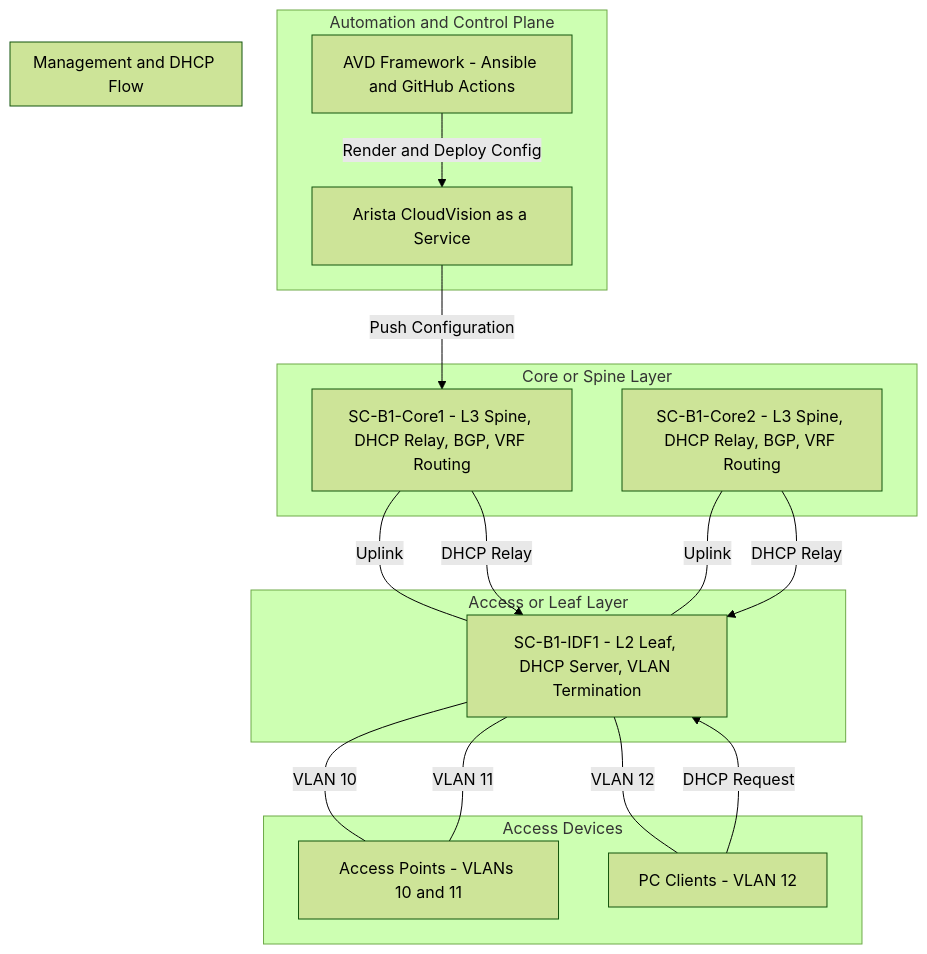
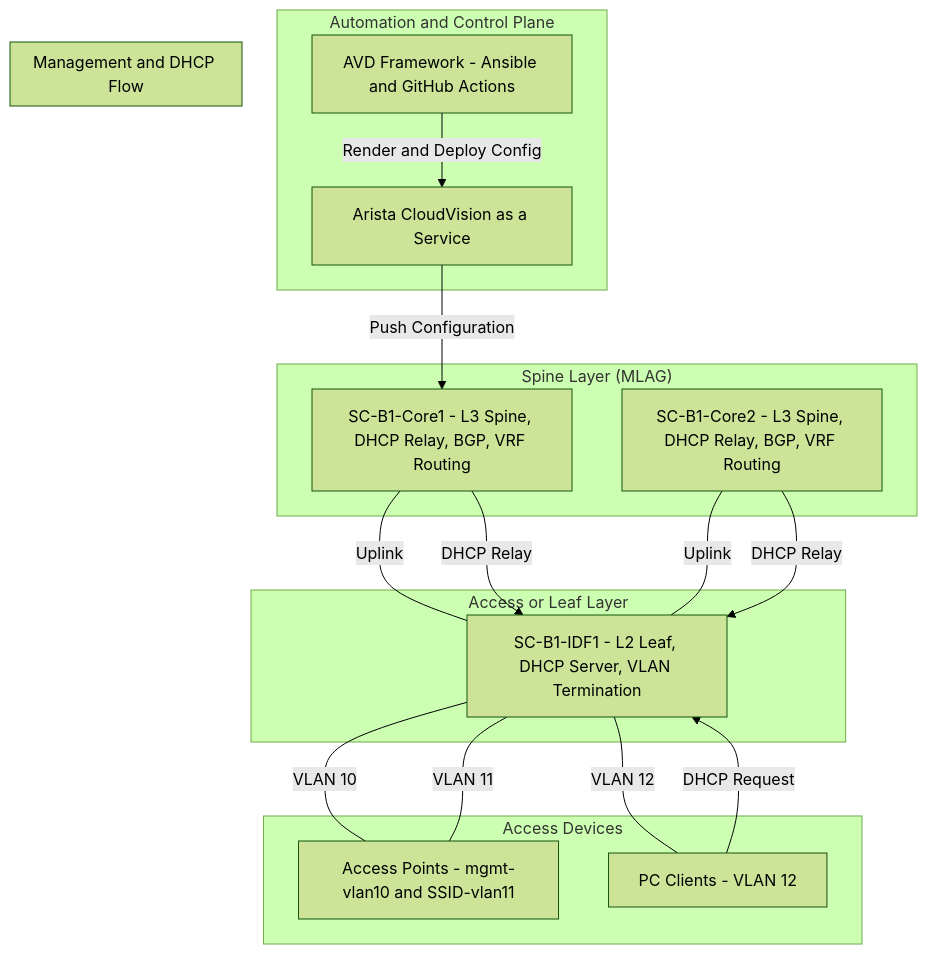
Before and after one commit to arista-ce-southwest/avd-campus-networking-event-demo: the diagram in docs/topology.md, drawn with Mermaid (forest theme).

Commit message:
updated topo

````diff
--- a/docs/topology.md
+++ b/docs/topology.md
@@ -9,41 +9,41 @@
 ```mermaid
 graph TD
     %% Automation Layer
     subgraph "Automation and Control Plane"
         AVD[AVD Framework - Ansible and GitHub Actions]
         CVaaS[Arista CloudVision as a Service]
     end
 
     %% Core Layer
-    subgraph "Core or Spine Layer"
+    subgraph "Spine Layer (MLAG)"
         Core1[SC-B1-Core1 - L3 Spine, DHCP Relay, BGP, VRF Routing]
         Core2[SC-B1-Core2 - L3 Spine, DHCP Relay, BGP, VRF Routing]
     end
 
     %% Leaf Layer
     subgraph "Access or Leaf Layer"
         Leaf[SC-B1-IDF1 - L2 Leaf, DHCP Server, VLAN Termination]
     end
 
     %% Endpoint Layer
     subgraph "Access Devices"
-        APs[Access Points - VLANs 10 and 11]
+        APs[Access Points - mgmt-vlan10 and SSID-vlan11]
         PCs[PC Clients - VLAN 12]
     end
 
     %% Topology Connections
     AVD -->|Render and Deploy Config| CVaaS
     CVaaS -->|Push Configuration| Core1
     Core1 ---|Uplink| Leaf
     Core2 ---|Uplink| Leaf
     Leaf ---|VLAN 10| APs
     Leaf ---|VLAN 11| APs
     Leaf ---|VLAN 12| PCs
 
     %% DHCP Workflow
     subgraph "Management and DHCP Flow"
         PCs -->|DHCP Request| Leaf
         Core1 -->|DHCP Relay| Leaf
         Core2 -->|DHCP Relay| Leaf
     end
 ```
````
